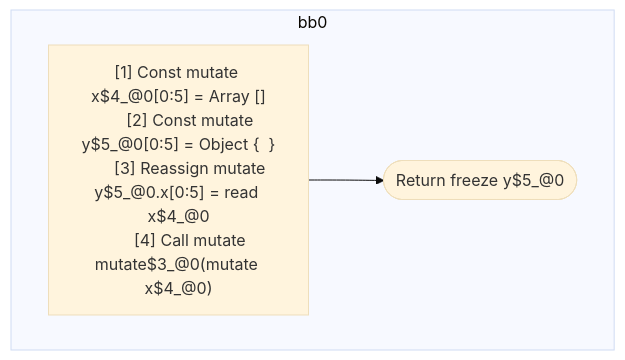
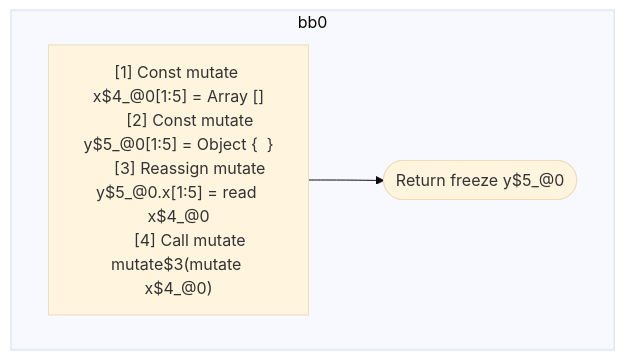
The diagram in compiler/forget/src/__tests__/fixtures/hir/ssa-property-mutate-2.expect.md (wutsmog/private), drawn with Mermaid (base theme) before and after one commit. The commit also changed other lines of this file and 100 other files, not shown here.

````diff
--- a/compiler/forget/src/__tests__/fixtures/hir/ssa-property-mutate-2.expect.md
+++ b/compiler/forget/src/__tests__/fixtures/hir/ssa-property-mutate-2.expect.md
@@ -29,16 +45,16 @@
 ```mermaid
 flowchart TB
   %% Basic Blocks
   subgraph bb0
     bb0_instrs["
-      [1] Const mutate x$4_@0[0:5] = Array []
-      [2] Const mutate y$5_@0[0:5] = Object {  }
-      [3] Reassign mutate y$5_@0.x[0:5] = read x$4_@0
-      [4] Call mutate mutate$3_@0(mutate x$4_@0)
+      [1] Const mutate x$4_@0[1:5] = Array []
+      [2] Const mutate y$5_@0[1:5] = Object {  }
+      [3] Reassign mutate y$5_@0.x[1:5] = read x$4_@0
+      [4] Call mutate mutate$3(mutate x$4_@0)
     "]
     bb0_instrs --> bb0_terminal(["Return freeze y$5_@0"])
   end
 
   %% Jumps
   %% empty
 ```
````
